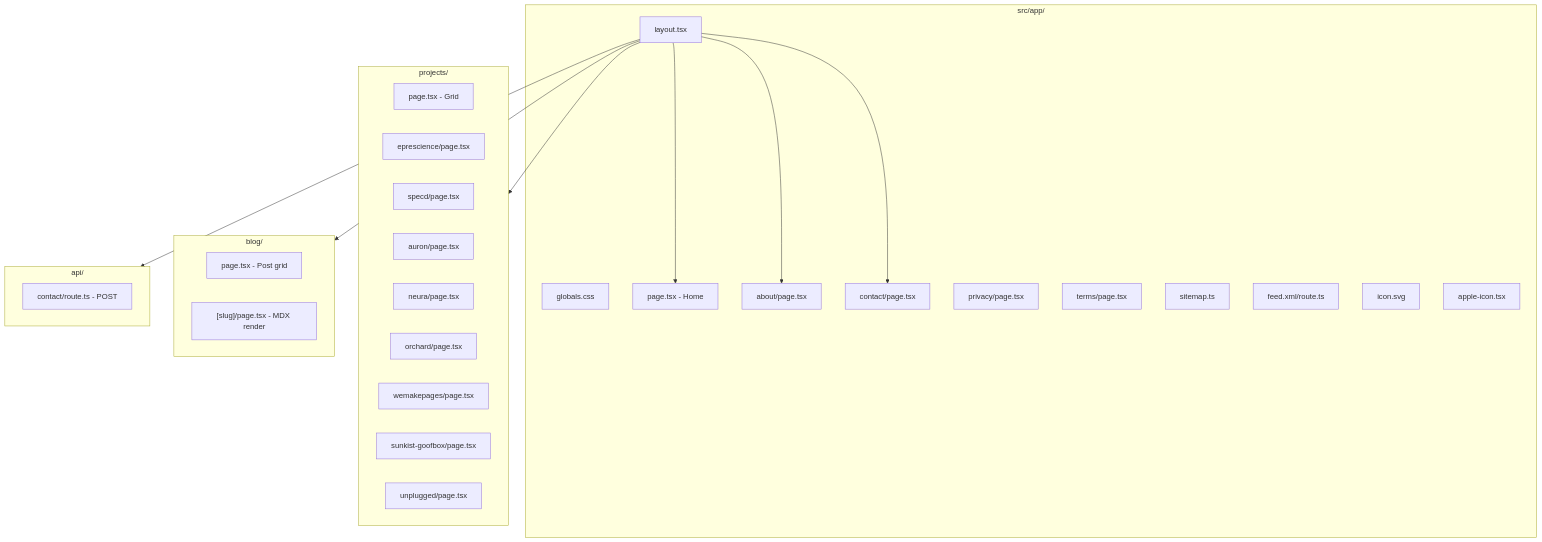
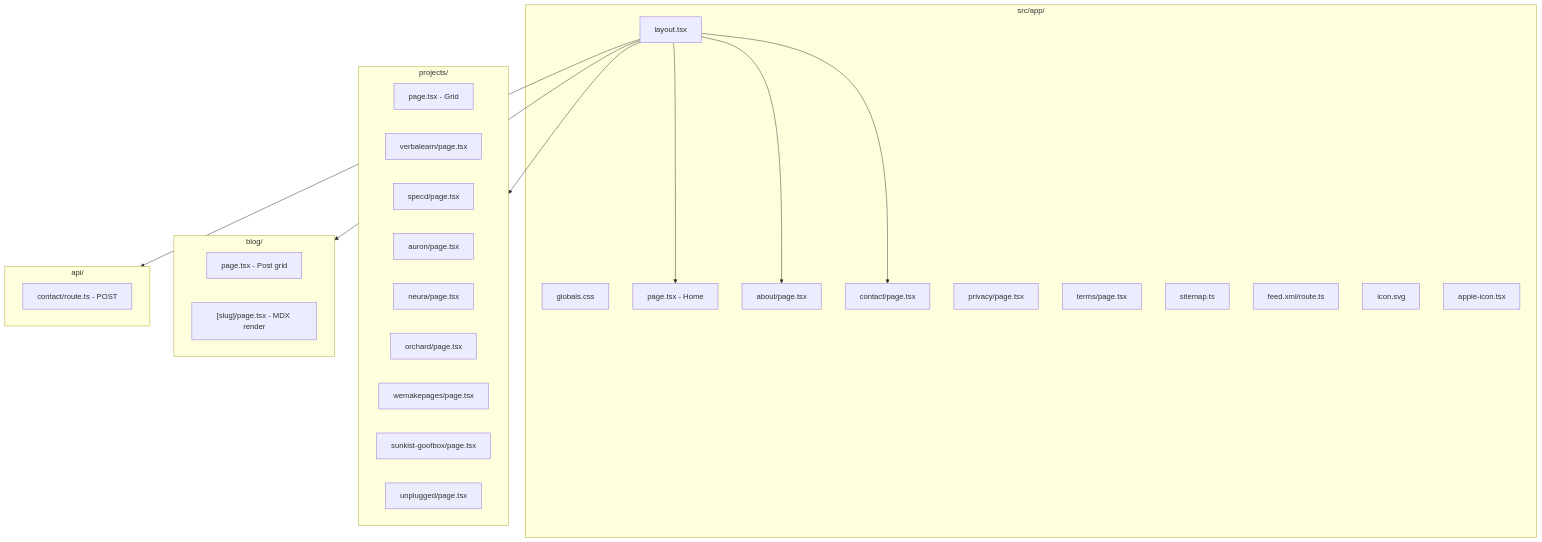
The third of 7 diagrams in docs/ARCHITECTURE.md (VerbaLearnTeam/rmvs-website), drawn with Mermaid before and after one commit. The commit also changed 15 other files, not shown here.

First line of the commit message:
Rebrand ePrescience to VerbaLearn across portfolio and site copy

````diff
--- a/docs/ARCHITECTURE.md
+++ b/docs/ARCHITECTURE.md
@@ -122,44 +122,44 @@
 ```mermaid
 flowchart TB
     subgraph root [src/app/]
         RootLayout[layout.tsx]
         GlobalCSS[globals.css]
         Home[page.tsx - Home]
         About[about/page.tsx]
         Contact[contact/page.tsx]
         Privacy[privacy/page.tsx]
         Terms[terms/page.tsx]
         Sitemap[sitemap.ts]
         FeedXML[feed.xml/route.ts]
         IconSVG[icon.svg]
         AppleIcon[apple-icon.tsx]
     end
 
     subgraph projects [projects/]
         ProjectsIndex[page.tsx - Grid]
-        Eprescience[eprescience/page.tsx]
+        VerbaLearn[verbalearn/page.tsx]
         Specd[specd/page.tsx]
         Auron[auron/page.tsx]
         Neura[neura/page.tsx]
         Orchard[orchard/page.tsx]
         WeMakePages[wemakepages/page.tsx]
         SunkistGoofbox[sunkist-goofbox/page.tsx]
         Unplugged[unplugged/page.tsx]
     end
 
     subgraph blog [blog/]
         BlogIndex[page.tsx - Post grid]
         BlogSlug["[slug]/page.tsx - MDX render"]
     end
 
     subgraph api [api/]
         ContactAPI[contact/route.ts - POST]
     end
 
     RootLayout --> Home
     RootLayout --> About
     RootLayout --> projects
     RootLayout --> blog
     RootLayout --> Contact
     RootLayout --> api
 ```
````
